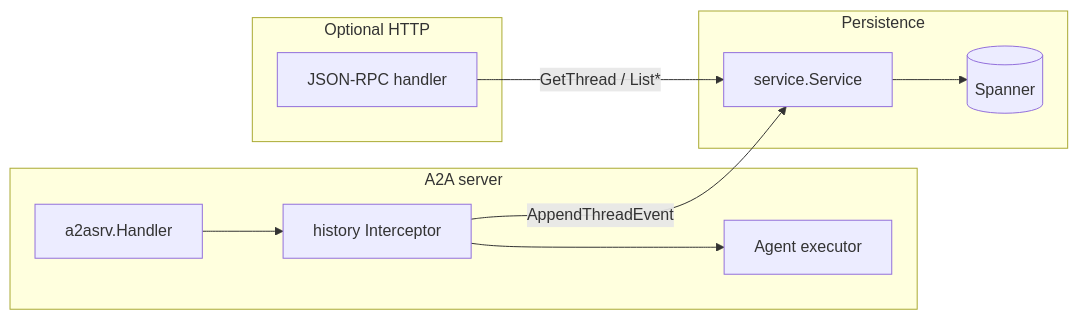
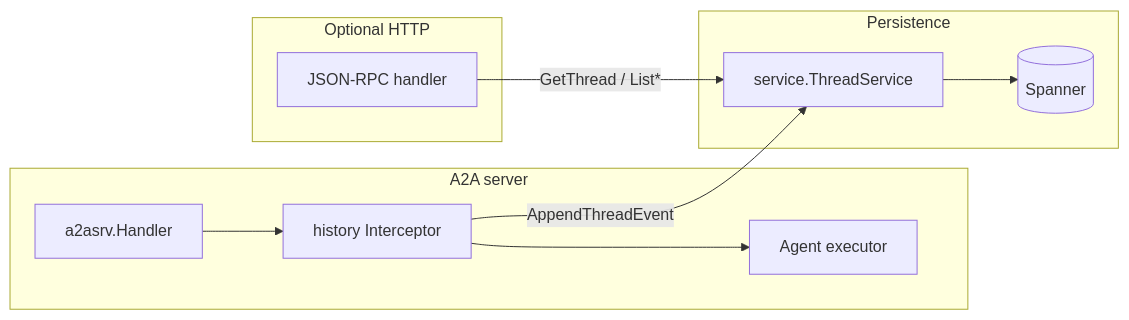
The diagram in README.md (alis-exchange/a2a-history-go), drawn with Mermaid before and after one commit. The commit also changed other lines of this file and 11 other files, not shown here.

````diff
--- a/README.md
+++ b/README.md
@@ -24,20 +25,20 @@
 ```mermaid
 flowchart LR
   subgraph agent [A2A server]
     H[a2asrv.Handler]
     EX[Agent executor]
     I[history Interceptor]
     H --> I
     I --> EX
   end
   subgraph storage [Persistence]
-    S[service.Service]
+    S[service.ThreadService]
     DB[(Spanner)]
     S --> DB
   end
   I -->|AppendThreadEvent| S
   subgraph api [Optional HTTP]
     J[JSON-RPC handler]
     J -->|GetThread / List*| S
   end
 ```
````
